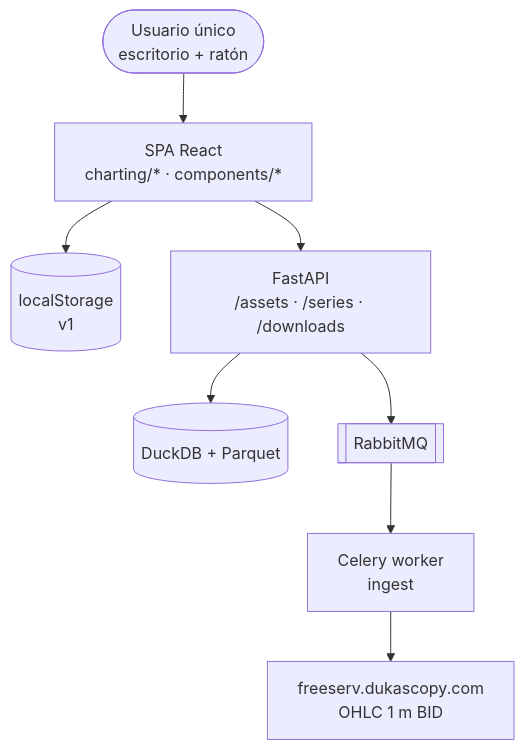
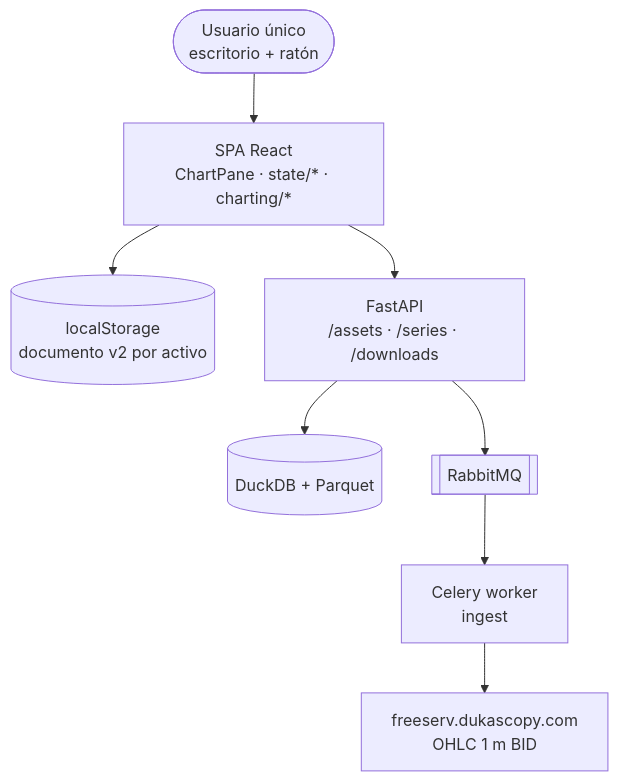
Before and after one commit to villarrealfx/fx_trad: the fourth of 4 diagrams in _docs/architecture.md, drawn with Mermaid. The commit also changed other lines of this file and 22 other files, not shown here.

````diff
--- a/_docs/architecture.md
+++ b/_docs/architecture.md
@@ -252,9 +256,9 @@
 ```mermaid
 graph TB
-  U([Usuario único<br/>escritorio + ratón]) --> SPA["SPA React<br/>charting/* · components/*"]
-  SPA --> LS[("localStorage<br/>v1")]
+  U([Usuario único<br/>escritorio + ratón]) --> SPA["SPA React<br/>ChartPane · state/* · charting/*"]
+  SPA --> LS[("localStorage<br/>documento v2 por activo")]
   SPA --> API["FastAPI<br/>/assets · /series · /downloads"]
   API --> DB[("DuckDB + Parquet")]
   API --> MQ[["RabbitMQ"]] --> WK["Celery worker<br/>ingest"]
   WK --> FS["freeserv.dukascopy.com<br/>OHLC 1 m BID"]
 ```
````
